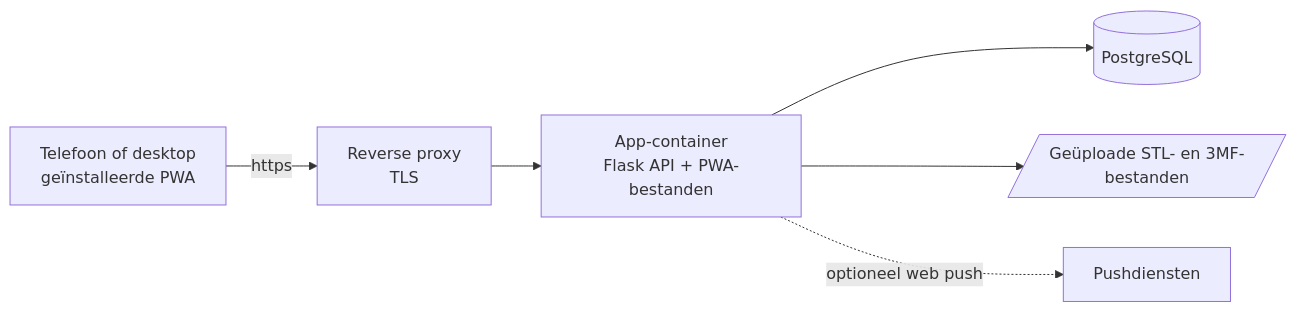
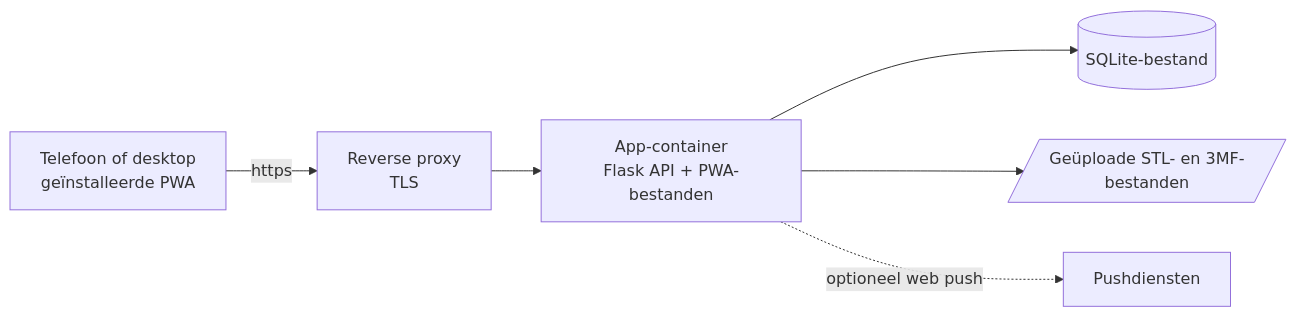
One commit to Flux76HQ/3dprint_pricing changed the diagram in README.nl.md. Above: the diagram before and after it, drawn with Mermaid. The commit also changed other lines of this file and 87 other files, not shown here.

````diff
--- a/README.nl.md
+++ b/README.nl.md
@@ -176,8 +176,8 @@
 ```mermaid
 flowchart LR
     A[Telefoon of desktop<br/>geïnstalleerde PWA] -->|https| P[Reverse proxy<br/>TLS]
     P --> B[App-container<br/>Flask API + PWA-bestanden]
-    B --> C[(PostgreSQL)]
+    B --> C[(SQLite-bestand)]
     B --> D[/Geüploade STL- en 3MF-bestanden/]
     B -.->|optioneel web push| E[Pushdiensten]
 ```
````
